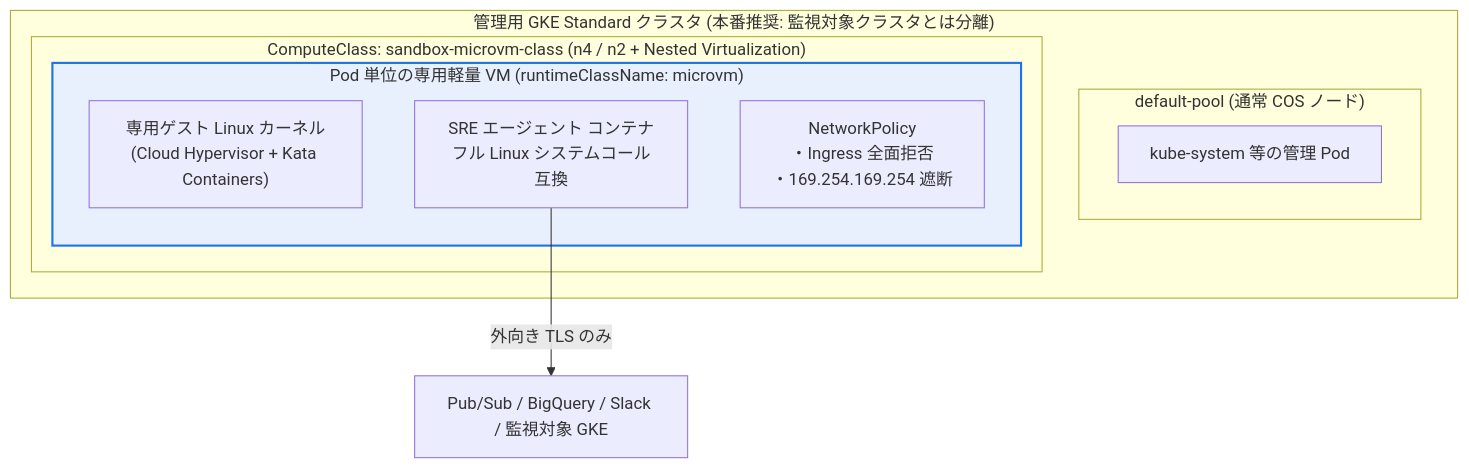
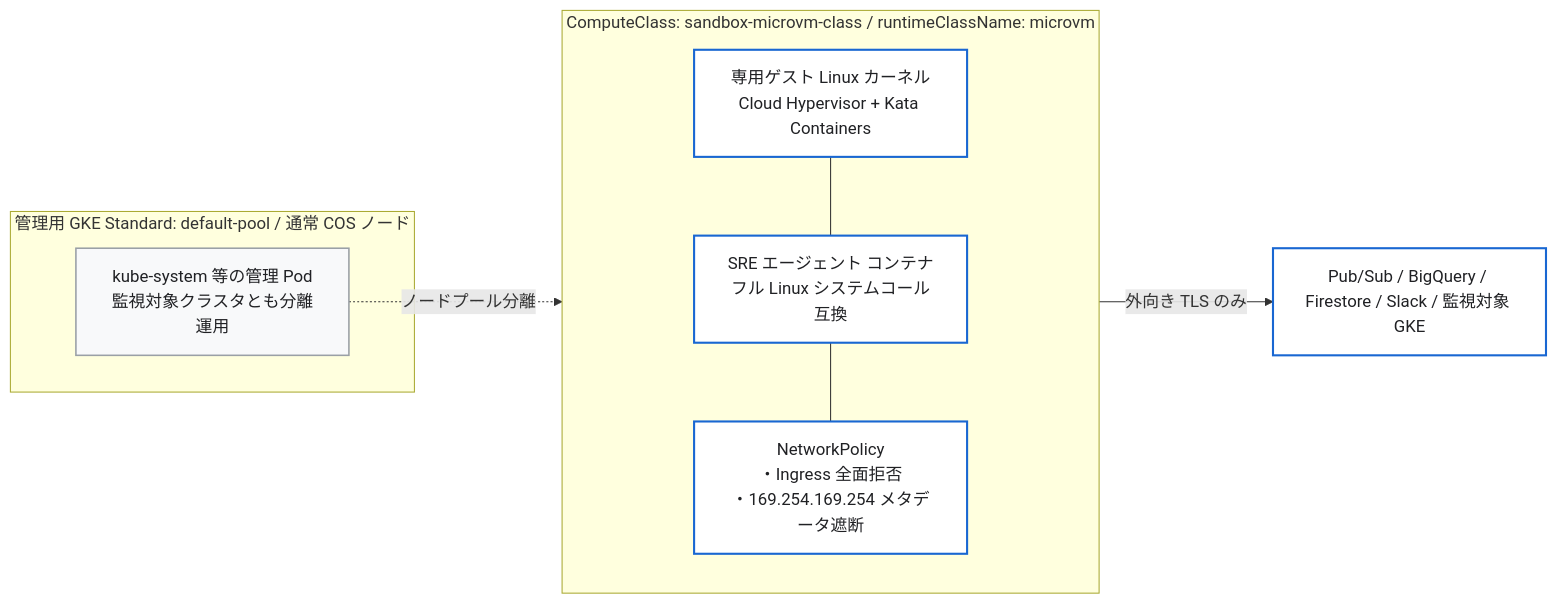
One commit to tyorikan/agentic-sre-handson changed the first of 2 diagrams in docs/06-optional-hardening-and-cleanup.md. Above: the diagram before and after it, drawn with Mermaid. The commit also changed other lines of this file and 26 other files, not shown here.

Commit message:
docs: プロダクトアイコン付き構成図・シーケンス図 PNG (全19図) の追加と折りたたみ Mermaid 定義の精緻化

````diff
--- a/docs/06-optional-hardening-and-cleanup.md
+++ b/docs/06-optional-hardening-and-cleanup.md
@@ -12,19 +17,22 @@
 ```mermaid
-flowchart TB
-    subgraph MgmtCluster["管理用 GKE Standard クラスタ (本番推奨: 監視対象クラスタとは分離)"]
-        subgraph SysPool["default-pool (通常 COS ノード)"]
-            KubeSys["kube-system 等の管理 Pod"]
-        end
-
-        subgraph MicroVmPool["ComputeClass: sandbox-microvm-class (n4 / n2 + Nested Virtualization)"]
-            subgraph PodVM["Pod 単位の専用軽量 VM (runtimeClassName: microvm)"]
-                GuestKernel["専用ゲスト Linux カーネル<br/>(Cloud Hypervisor + Kata Containers)"]
-                AgentProc["SRE エージェント コンテナ<br/>フル Linux システムコール互換"]
-                NetPol["NetworkPolicy<br/>・Ingress 全面拒否<br/>・169.254.169.254 遮断"]
-            end
-        end
+flowchart LR
+    subgraph SysPool["管理用 GKE Standard: default-pool / 通常 COS ノード"]
+        KubeSys["kube-system 等の管理 Pod<br/>監視対象クラスタとも分離運用"]
     end
 
-    AgentProc -->|"外向き TLS のみ"| External["Pub/Sub / BigQuery / Slack / 監視対象 GKE"]
-    style PodVM fill:#e8f0fe,stroke:#1a73e8,stroke-width:2px
+    subgraph PodVM["ComputeClass: sandbox-microvm-class / runtimeClassName: microvm"]
+        direction TB
+        GuestKernel["専用ゲスト Linux カーネル<br/>Cloud Hypervisor + Kata Containers"]
+        AgentProc["SRE エージェント コンテナ<br/>フル Linux システムコール互換"]
+        NetPol["NetworkPolicy<br/>・Ingress 全面拒否<br/>・169.254.169.254 メタデータ遮断"]
+        GuestKernel --- AgentProc --- NetPol
+    end
+
+    KubeSys -.->|"ノードプール分離"| AgentProc
+    AgentProc -->|"外向き TLS のみ"| External["Pub/Sub / BigQuery / Firestore / Slack / 監視対象 GKE"]
+
+    classDef sys fill:#f8f9fa,stroke:#9aa0a6,stroke-width:1.5px,color:#202124;
+    classDef vm fill:#ffffff,stroke:#1967d2,stroke-width:2px,color:#202124;
+    class KubeSys sys;
+    class GuestKernel,AgentProc,NetPol,External vm;
 ```
````
